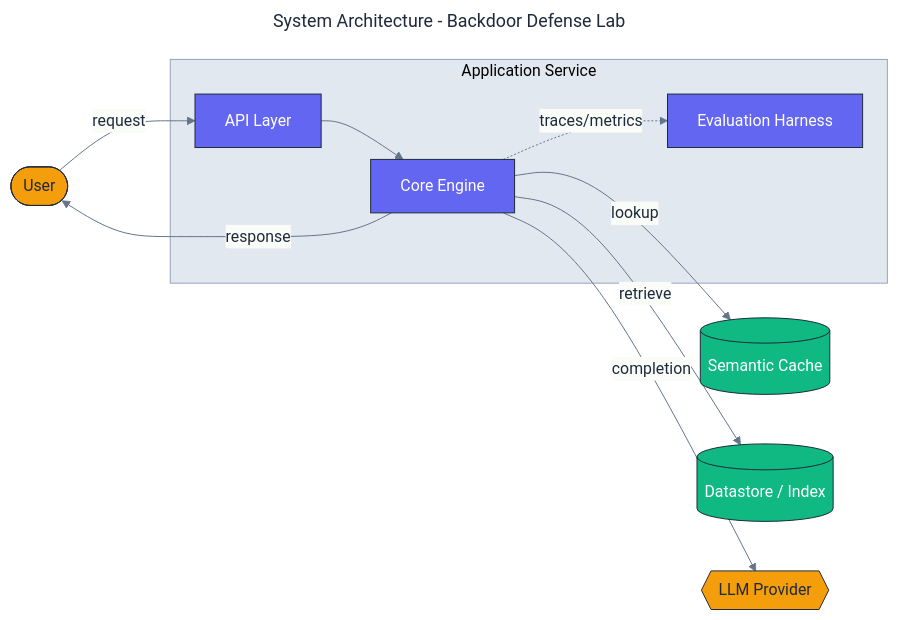
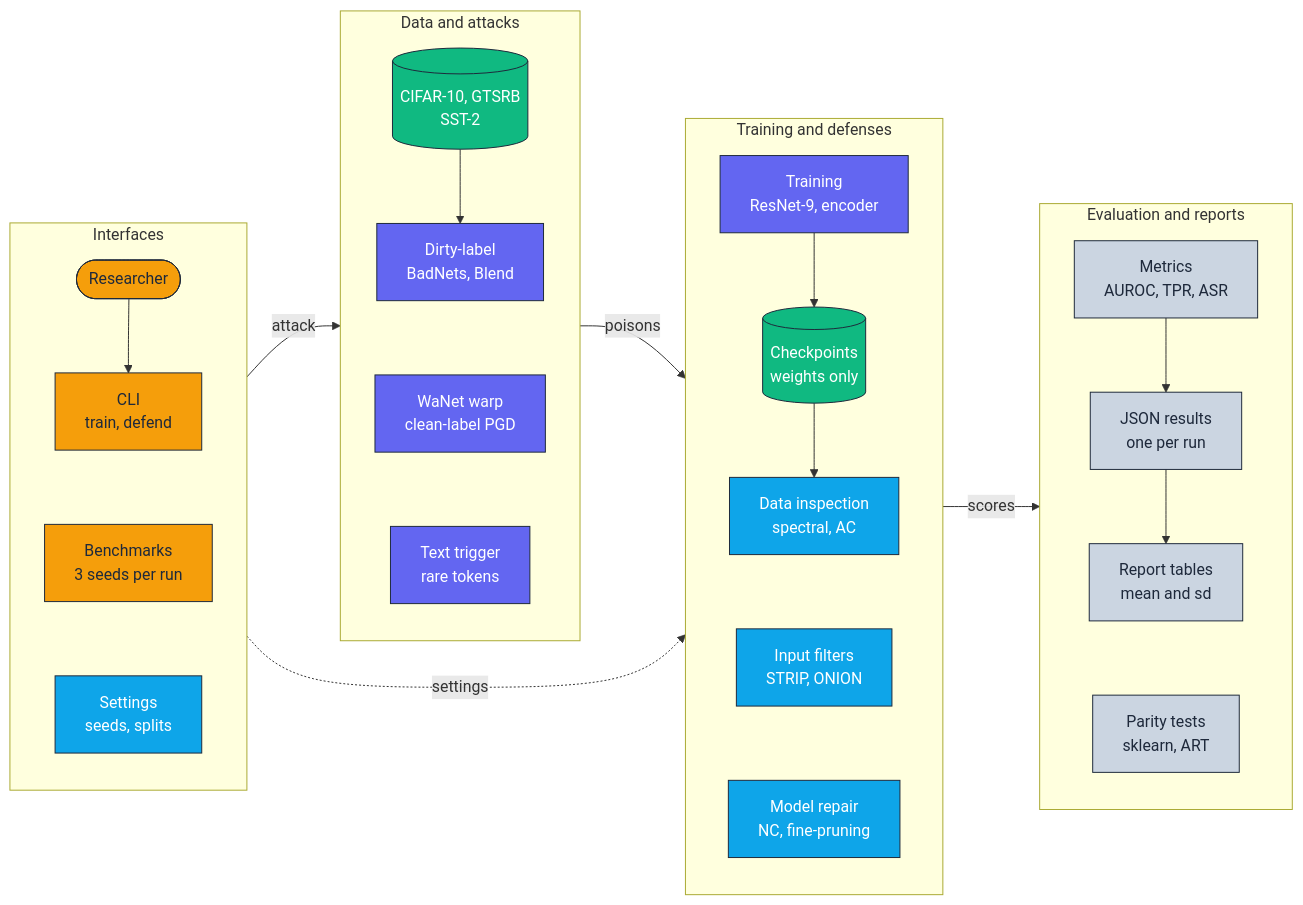
One commit to adeoluo/backdoor-defense-lab changed the diagram in docs/architecture/architecture.mmd. Above: the diagram before and after it, drawn with Mermaid. The commit also changed 16 other files, not shown here.

Commit message:
docs: ADRs, threat model, data card, architecture diagram and release tooling (#5)

```diff
--- a/docs/architecture/architecture.mmd
+++ b/docs/architecture/architecture.mmd
@@ -1,38 +1,48 @@
----
-title: System Architecture - Backdoor Defense Lab
-config:
-  theme: base
-  themeVariables:
-    fontFamily: "Inter, system-ui, sans-serif"
-    primaryColor: "#F8FAFC"
-    primaryBorderColor: "#1E293B"
-    primaryTextColor: "#1E293B"
-    lineColor: "#64748B"
-    clusterBkg: "#E2E8F0"
-    clusterBorder: "#94A3B8"
----
 flowchart LR
+    classDef edge     fill:#F59E0B,stroke:#1E293B,color:#1E293B,stroke-width:1px;
     classDef core     fill:#6366F1,stroke:#1E293B,color:#ffffff,stroke-width:1px;
     classDef data     fill:#10B981,stroke:#1E293B,color:#ffffff,stroke-width:1px;
-    classDef external fill:#F59E0B,stroke:#1E293B,color:#1E293B,stroke-width:1px;
-    classDef danger   fill:#EF4444,stroke:#1E293B,color:#ffffff,stroke-width:1px;
+    classDef control  fill:#0EA5E9,stroke:#1E293B,color:#ffffff,stroke-width:1px;
+    classDef obs      fill:#CBD5E1,stroke:#1E293B,color:#1E293B,stroke-width:1px;
 
-    User([User]):::external
-
-    subgraph Application["Application Service"]
-        API[API Layer]:::core
-        Core[Core Engine]:::core
-        Evaluation[Evaluation Harness]:::core
+    subgraph Interfaces["Interfaces"]
+        direction TB
+        User([Researcher]):::edge
+        CLI["CLI<br/>train, defend"]:::edge
+        Scripts["Benchmarks<br/>3 seeds per run"]:::edge
+        Settings["Settings<br/>seeds, splits"]:::control
+        User --> CLI ~~~ Scripts ~~~ Settings
     end
 
-    Cache[(Semantic Cache)]:::data
-    Store[(Datastore / Index)]:::data
-    LLM{{LLM Provider}}:::external
+    subgraph Poison["Data and attacks"]
+        direction TB
+        Datasets[("CIFAR-10, GTSRB<br/>SST-2")]:::data
+        Image["Dirty-label<br/>BadNets, Blend"]:::core
+        Clean["WaNet warp<br/>clean-label PGD"]:::core
+        Text["Text trigger<br/>rare tokens"]:::core
+        Datasets --> Image ~~~ Clean ~~~ Text
+    end
 
-    User -->|request| API
-    API --> Core
-    Core -->|lookup| Cache
-    Core -->|retrieve| Store
-    Core -->|completion| LLM
-    Core -.->|traces/metrics| Evaluation
-    Core -->|response| User
+    subgraph Models["Training and defenses"]
+        direction TB
+        Train["Training<br/>ResNet-9, encoder"]:::core
+        Ckpt[("Checkpoints<br/>weights only")]:::data
+        Inspect["Data inspection<br/>spectral, AC"]:::control
+        Filter["Input filters<br/>STRIP, ONION"]:::control
+        Repair["Model repair<br/>NC, fine-pruning"]:::control
+        Train --> Ckpt --> Inspect ~~~ Filter ~~~ Repair
+    end
+
+    subgraph Obs["Evaluation and reports"]
+        direction TB
+        Metrics["Metrics<br/>AUROC, TPR, ASR"]:::obs
+        Results["JSON results<br/>one per run"]:::obs
+        Report["Report tables<br/>mean and sd"]:::obs
+        Parity["Parity tests<br/>sklearn, ART"]:::obs
+        Metrics --> Results --> Report ~~~ Parity
+    end
+
+    Interfaces -->|attack| Poison
+    Poison -->|poisons| Models
+    Interfaces -.->|settings| Models
+    Models -->|scores| Obs
```
